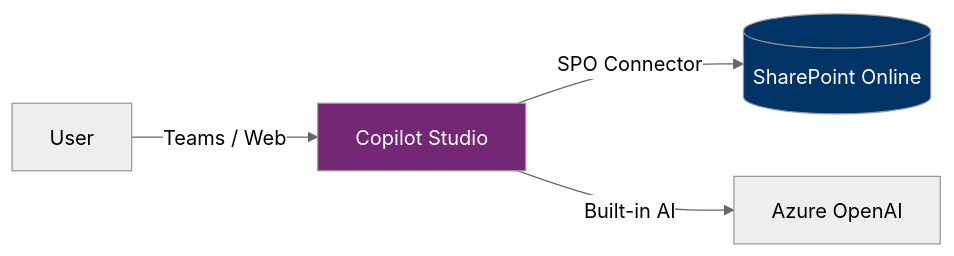
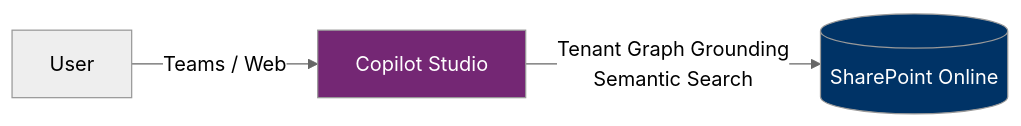
The second of 12 diagrams in COMPARISON.md (ostefka/AgentsAdvancedSearch), drawn with Mermaid (neutral theme) before and after one commit. The commit also changed other lines of this file, not shown here.

Commit message:
Fix arch diagrams: remove unnecessary Azure OpenAI from #2/#3/#4, fix #5 to OpenAPI plugin, add Foundry IQ SPO ingest to #7

````diff
--- a/COMPARISON.md
+++ b/COMPARISON.md
@@ -42,8 +42,7 @@
 ```mermaid
 flowchart LR
     U[User] -->|Teams / Web| CS[Copilot Studio]
-    CS -->|SPO Connector| SPO[(SharePoint Online)]
-    CS -->|Built-in AI| LLM[Azure OpenAI]
+    CS -->|Tenant Graph Grounding<br/>Semantic Search| SPO[(SharePoint Online)]
     style CS fill:#742774,color:#fff
     style SPO fill:#036,color:#fff
 ```
````
